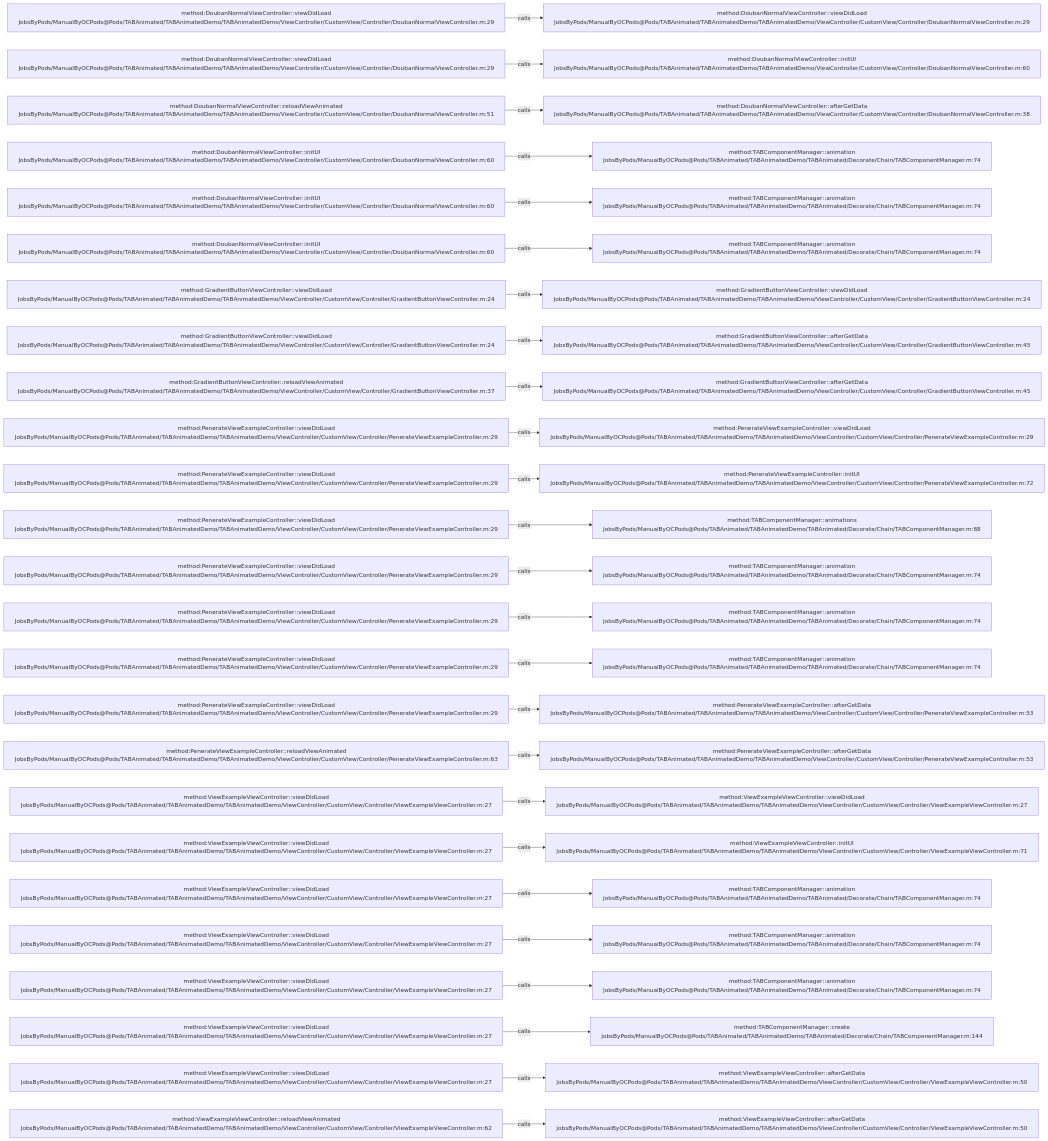
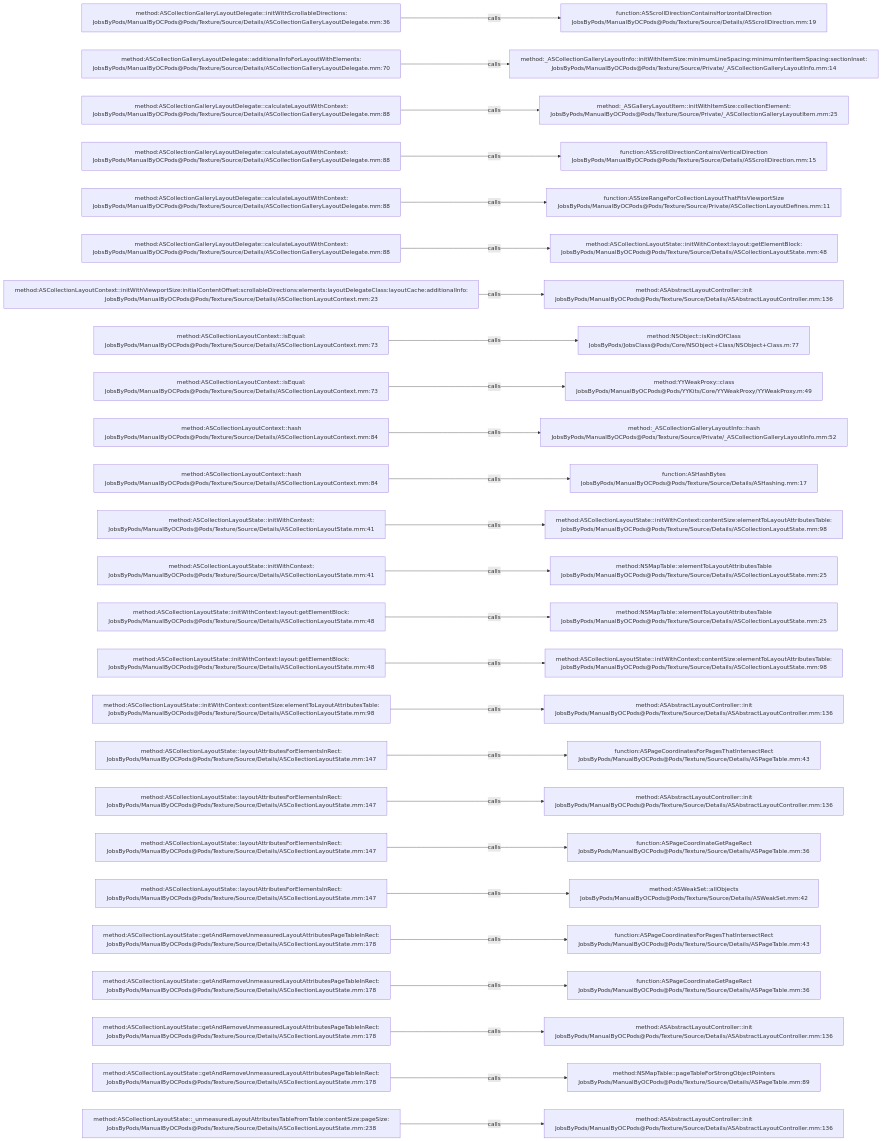
Before and after one commit to JobsKits/JobsOCBaseConfigDemo: the diagram in .codegraph/codegraph.md/graphs/calls-160.md, drawn with Mermaid. The commit also changed 2162 other files, not shown here.

````diff
--- a/.codegraph/codegraph.md/graphs/calls-160.md
+++ b/.codegraph/codegraph.md/graphs/calls-160.md
@@ -13,78 +13,78 @@
 ```mermaid
 flowchart LR
-  S1["method:DoubanNormalViewController::viewDidLoad<br/>JobsByPods/ManualByOCPods@Pods/TABAnimated/TABAnimatedDemo/TABAnimatedDemo/ViewController/CustomView/Controller/DoubanNormalViewController.m:29"]
-  T1["method:DoubanNormalViewController::viewDidLoad<br/>JobsByPods/ManualByOCPods@Pods/TABAnimated/TABAnimatedDemo/TABAnimatedDemo/ViewController/CustomView/Controller/DoubanNormalViewController.m:29"]
+  S1["method:ASCollectionGalleryLayoutDelegate::initWithScrollableDirections:<br/>JobsByPods/ManualByOCPods@Pods/Texture/Source/Details/ASCollectionGalleryLayoutDelegate.mm:36"]
+  T1["function:ASScrollDirectionContainsHorizontalDirection<br/>JobsByPods/ManualByOCPods@Pods/Texture/Source/Details/ASScrollDirection.mm:19"]
   S1 -->|calls| T1
-  S2["method:DoubanNormalViewController::viewDidLoad<br/>JobsByPods/ManualByOCPods@Pods/TABAnimated/TABAnimatedDemo/TABAnimatedDemo/ViewController/CustomView/Controller/DoubanNormalViewController.m:29"]
-  T2["method:DoubanNormalViewController::initUI<br/>JobsByPods/ManualByOCPods@Pods/TABAnimated/TABAnimatedDemo/TABAnimatedDemo/ViewController/CustomView/Controller/DoubanNormalViewController.m:60"]
+  S2["method:ASCollectionGalleryLayoutDelegate::additionalInfoForLayoutWithElements:<br/>JobsByPods/ManualByOCPods@Pods/Texture/Source/Details/ASCollectionGalleryLayoutDelegate.mm:70"]
+  T2["method:_ASCollectionGalleryLayoutInfo::initWithItemSize:minimumLineSpacing:minimumInteritemSpacing:sectionInset:<br/>JobsByPods/ManualByOCPods@Pods/Texture/Source/Private/_ASCollectionGalleryLayoutInfo.mm:14"]
   S2 -->|calls| T2
-  S3["method:DoubanNormalViewController::reloadViewAnimated<br/>JobsByPods/ManualByOCPods@Pods/TABAnimated/TABAnimatedDemo/TABAnimatedDemo/ViewController/CustomView/Controller/DoubanNormalViewController.m:51"]
-  T3["method:DoubanNormalViewController::afterGetData<br/>JobsByPods/ManualByOCPods@Pods/TABAnimated/TABAnimatedDemo/TABAnimatedDemo/ViewController/CustomView/Controller/DoubanNormalViewController.m:38"]
+  S3["method:ASCollectionGalleryLayoutDelegate::calculateLayoutWithContext:<br/>JobsByPods/ManualByOCPods@Pods/Texture/Source/Details/ASCollectionGalleryLayoutDelegate.mm:88"]
+  T3["method:_ASGalleryLayoutItem::initWithItemSize:collectionElement:<br/>JobsByPods/ManualByOCPods@Pods/Texture/Source/Private/_ASCollectionGalleryLayoutItem.mm:25"]
   S3 -->|calls| T3
-  S4["method:DoubanNormalViewController::initUI<br/>JobsByPods/ManualByOCPods@Pods/TABAnimated/TABAnimatedDemo/TABAnimatedDemo/ViewController/CustomView/Controller/DoubanNormalViewController.m:60"]
-  T4["method:TABComponentManager::animation<br/>JobsByPods/ManualByOCPods@Pods/TABAnimated/TABAnimatedDemo/TABAnimated/Decorate/Chain/TABComponentManager.m:74"]
+  S4["method:ASCollectionGalleryLayoutDelegate::calculateLayoutWithContext:<br/>JobsByPods/ManualByOCPods@Pods/Texture/Source/Details/ASCollectionGalleryLayoutDelegate.mm:88"]
+  T4["function:ASScrollDirectionContainsVerticalDirection<br/>JobsByPods/ManualByOCPods@Pods/Texture/Source/Details/ASScrollDirection.mm:15"]
   S4 -->|calls| T4
-  S5["method:DoubanNormalViewController::initUI<br/>JobsByPods/ManualByOCPods@Pods/TABAnimated/TABAnimatedDemo/TABAnimatedDemo/ViewController/CustomView/Controller/DoubanNormalViewController.m:60"]
-  T5["method:TABComponentManager::animation<br/>JobsByPods/ManualByOCPods@Pods/TABAnimated/TABAnimatedDemo/TABAnimated/Decorate/Chain/TABComponentManager.m:74"]
+  S5["method:ASCollectionGalleryLayoutDelegate::calculateLayoutWithContext:<br/>JobsByPods/ManualByOCPods@Pods/Texture/Source/Details/ASCollectionGalleryLayoutDelegate.mm:88"]
+  T5["function:ASSizeRangeForCollectionLayoutThatFitsViewportSize<br/>JobsByPods/ManualByOCPods@Pods/Texture/Source/Private/ASCollectionLayoutDefines.mm:11"]
   S5 -->|calls| T5
-  S6["method:DoubanNormalViewController::initUI<br/>JobsByPods/ManualByOCPods@Pods/TABAnimated/TABAnimatedDemo/TABAnimatedDemo/ViewController/CustomView/Controller/DoubanNormalViewController.m:60"]
-  T6["method:TABComponentManager::animation<br/>JobsByPods/ManualByOCPods@Pods/TABAnimated/TABAnimatedDemo/TABAnimated/Decorate/Chain/TABComponentManager.m:74"]
+  S6["method:ASCollectionGalleryLayoutDelegate::calculateLayoutWithContext:<br/>JobsByPods/ManualByOCPods@Pods/Texture/Source/Details/ASCollectionGalleryLayoutDelegate.mm:88"]
+  T6["method:ASCollectionLayoutState::initWithContext:layout:getElementBlock:<br/>JobsByPods/ManualByOCPods@Pods/Texture/Source/Details/ASCollectionLayoutState.mm:48"]
   S6 -->|calls| T6
-  S7["method:GradientButtonViewController::viewDidLoad<br/>JobsByPods/ManualByOCPods@Pods/TABAnimated/TABAnimatedDemo/TABAnimatedDemo/ViewController/CustomView/Controller/GradientButtonViewController.m:24"]
-  T7["method:GradientButtonViewController::viewDidLoad<br/>JobsByPods/ManualByOCPods@Pods/TABAnimated/TABAnimatedDemo/TABAnimatedDemo/ViewController/CustomView/Controller/GradientButtonViewController.m:24"]
+  S7["method:ASCollectionLayoutContext::initWithViewportSize:initialContentOffset:scrollableDirections:elements:layoutDelegateClass:layoutCache:additionalInfo:<br/>JobsByPods/ManualByOCPods@Pods/Texture/Source/Details/ASCollectionLayoutContext.mm:23"]
+  T7["method:ASAbstractLayoutController::init<br/>JobsByPods/ManualByOCPods@Pods/Texture/Source/Details/ASAbstractLayoutController.mm:136"]
   S7 -->|calls| T7
-  S8["method:GradientButtonViewController::viewDidLoad<br/>JobsByPods/ManualByOCPods@Pods/TABAnimated/TABAnimatedDemo/TABAnimatedDemo/ViewController/CustomView/Controller/GradientButtonViewController.m:24"]
-  T8["method:GradientButtonViewController::afterGetData<br/>JobsByPods/ManualByOCPods@Pods/TABAnimated/TABAnimatedDemo/TABAnimatedDemo/ViewController/CustomView/Controller/GradientButtonViewController.m:45"]
+  S8["method:ASCollectionLayoutContext::isEqual:<br/>JobsByPods/ManualByOCPods@Pods/Texture/Source/Details/ASCollectionLayoutContext.mm:73"]
+  T8["method:NSObject::isKindOfClass<br/>JobsByPods/JobsClass@Pods/Core/NSObject+Class/NSObject+Class.m:77"]
   S8 -->|calls| T8
-  S9["method:GradientButtonViewController::reloadViewAnimated<br/>JobsByPods/ManualByOCPods@Pods/TABAnimated/TABAnimatedDemo/TABAnimatedDemo/ViewController/CustomView/Controller/GradientButtonViewController.m:37"]
-  T9["method:GradientButtonViewController::afterGetData<br/>JobsByPods/ManualByOCPods@Pods/TABAnimated/TABAnimatedDemo/TABAnimatedDemo/ViewController/CustomView/Controller/GradientButtonViewController.m:45"]
+  S9["method:ASCollectionLayoutContext::isEqual:<br/>JobsByPods/ManualByOCPods@Pods/Texture/Source/Details/ASCollectionLayoutContext.mm:73"]
+  T9["method:YYWeakProxy::class<br/>JobsByPods/ManualByOCPods@Pods/YYKits/Core/YYWeakProxy/YYWeakProxy.m:49"]
   S9 -->|calls| T9
-  S10["method:PenerateViewExampleController::viewDidLoad<br/>JobsByPods/ManualByOCPods@Pods/TABAnimated/TABAnimatedDemo/TABAnimatedDemo/ViewController/CustomView/Controller/PenerateViewExampleController.m:29"]
-  T10["method:PenerateViewExampleController::viewDidLoad<br/>JobsByPods/ManualByOCPods@Pods/TABAnimated/TABAnimatedDemo/TABAnimatedDemo/ViewController/CustomView/Controller/PenerateViewExampleController.m:29"]
+  S10["method:ASCollectionLayoutContext::hash<br/>JobsByPods/ManualByOCPods@Pods/Texture/Source/Details/ASCollectionLayoutContext.mm:84"]
+  T10["method:_ASCollectionGalleryLayoutInfo::hash<br/>JobsByPods/ManualByOCPods@Pods/Texture/Source/Private/_ASCollectionGalleryLayoutInfo.mm:52"]
   S10 -->|calls| T10
-  S11["method:PenerateViewExampleController::viewDidLoad<br/>JobsByPods/ManualByOCPods@Pods/TABAnimated/TABAnimatedDemo/TABAnimatedDemo/ViewController/CustomView/Controller/PenerateViewExampleController.m:29"]
-  T11["method:PenerateViewExampleController::initUI<br/>JobsByPods/ManualByOCPods@Pods/TABAnimated/TABAnimatedDemo/TABAnimatedDemo/ViewController/CustomView/Controller/PenerateViewExampleController.m:72"]
+  S11["method:ASCollectionLayoutContext::hash<br/>JobsByPods/ManualByOCPods@Pods/Texture/Source/Details/ASCollectionLayoutContext.mm:84"]
+  T11["function:ASHashBytes<br/>JobsByPods/ManualByOCPods@Pods/Texture/Source/Details/ASHashing.mm:17"]
   S11 -->|calls| T11
-  S12["method:PenerateViewExampleController::viewDidLoad<br/>JobsByPods/ManualByOCPods@Pods/TABAnimated/TABAnimatedDemo/TABAnimatedDemo/ViewController/CustomView/Controller/PenerateViewExampleController.m:29"]
-  T12["method:TABComponentManager::animations<br/>JobsByPods/ManualByOCPods@Pods/TABAnimated/TABAnimatedDemo/TABAnimated/Decorate/Chain/TABComponentManager.m:88"]
+  S12["method:ASCollectionLayoutState::initWithContext:<br/>JobsByPods/ManualByOCPods@Pods/Texture/Source/Details/ASCollectionLayoutState.mm:41"]
+  T12["method:ASCollectionLayoutState::initWithContext:contentSize:elementToLayoutAttributesTable:<br/>JobsByPods/ManualByOCPods@Pods/Texture/Source/Details/ASCollectionLayoutState.mm:98"]
   S12 -->|calls| T12
-  S13["method:PenerateViewExampleController::viewDidLoad<br/>JobsByPods/ManualByOCPods@Pods/TABAnimated/TABAnimatedDemo/TABAnimatedDemo/ViewController/CustomView/Controller/PenerateViewExampleController.m:29"]
-  T13["method:TABComponentManager::animation<br/>JobsByPods/ManualByOCPods@Pods/TABAnimated/TABAnimatedDemo/TABAnimated/Decorate/Chain/TABComponentManager.m:74"]
+  S13["method:ASCollectionLayoutState::initWithContext:<br/>JobsByPods/ManualByOCPods@Pods/Texture/Source/Details/ASCollectionLayoutState.mm:41"]
+  T13["method:NSMapTable::elementToLayoutAttributesTable<br/>JobsByPods/ManualByOCPods@Pods/Texture/Source/Details/ASCollectionLayoutState.mm:25"]
   S13 -->|calls| T13
-  S14["method:PenerateViewExampleController::viewDidLoad<br/>JobsByPods/ManualByOCPods@Pods/TABAnimated/TABAnimatedDemo/TABAnimatedDemo/ViewController/CustomView/Controller/PenerateViewExampleController.m:29"]
-  T14["method:TABComponentManager::animation<br/>JobsByPods/ManualByOCPods@Pods/TABAnimated/TABAnimatedDemo/TABAnimated/Decorate/Chain/TABComponentManager.m:74"]
+  S14["method:ASCollectionLayoutState::initWithContext:layout:getElementBlock:<br/>JobsByPods/ManualByOCPods@Pods/Texture/Source/Details/ASCollectionLayoutState.mm:48"]
+  T14["method:NSMapTable::elementToLayoutAttributesTable<br/>JobsByPods/ManualByOCPods@Pods/Texture/Source/Details/ASCollectionLayoutState.mm:25"]
   S14 -->|calls| T14
-  S15["method:PenerateViewExampleController::viewDidLoad<br/>JobsByPods/ManualByOCPods@Pods/TABAnimated/TABAnimatedDemo/TABAnimatedDemo/ViewController/CustomView/Controller/PenerateViewExampleController.m:29"]
-  T15["method:TABComponentManager::animation<br/>JobsByPods/ManualByOCPods@Pods/TABAnimated/TABAnimatedDemo/TABAnimated/Decorate/Chain/TABComponentManager.m:74"]
+  S15["method:ASCollectionLayoutState::initWithContext:layout:getElementBlock:<br/>JobsByPods/ManualByOCPods@Pods/Texture/Source/Details/ASCollectionLayoutState.mm:48"]
+  T15["method:ASCollectionLayoutState::initWithContext:contentSize:elementToLayoutAttributesTable:<br/>JobsByPods/ManualByOCPods@Pods/Texture/Source/Details/ASCollectionLayoutState.mm:98"]
   S15 -->|calls| T15
-  S16["method:PenerateViewExampleController::viewDidLoad<br/>JobsByPods/ManualByOCPods@Pods/TABAnimated/TABAnimatedDemo/TABAnimatedDemo/ViewController/CustomView/Controller/PenerateViewExampleController.m:29"]
-  T16["method:PenerateViewExampleController::afterGetData<br/>JobsByPods/ManualByOCPods@Pods/TABAnimated/TABAnimatedDemo/TABAnimatedDemo/ViewController/CustomView/Controller/PenerateViewExampleController.m:53"]
+  S16["method:ASCollectionLayoutState::initWithContext:contentSize:elementToLayoutAttributesTable:<br/>JobsByPods/ManualByOCPods@Pods/Texture/Source/Details/ASCollectionLayoutState.mm:98"]
+  T16["method:ASAbstractLayoutController::init<br/>JobsByPods/ManualByOCPods@Pods/Texture/Source/Details/ASAbstractLayoutController.mm:136"]
   S16 -->|calls| T16
-  S17["method:PenerateViewExampleController::reloadViewAnimated<br/>JobsByPods/ManualByOCPods@Pods/TABAnimated/TABAnimatedDemo/TABAnimatedDemo/ViewController/CustomView/Controller/PenerateViewExampleController.m:63"]
-  T17["method:PenerateViewExampleController::afterGetData<br/>JobsByPods/ManualByOCPods@Pods/TABAnimated/TABAnimatedDemo/TABAnimatedDemo/ViewController/CustomView/Controller/PenerateViewExampleController.m:53"]
+  S17["method:ASCollectionLayoutState::layoutAttributesForElementsInRect:<br/>JobsByPods/ManualByOCPods@Pods/Texture/Source/Details/ASCollectionLayoutState.mm:147"]
+  T17["function:ASPageCoordinatesForPagesThatIntersectRect<br/>JobsByPods/ManualByOCPods@Pods/Texture/Source/Details/ASPageTable.mm:43"]
   S17 -->|calls| T17
-  S18["method:ViewExampleViewController::viewDidLoad<br/>JobsByPods/ManualByOCPods@Pods/TABAnimated/TABAnimatedDemo/TABAnimatedDemo/ViewController/CustomView/Controller/ViewExampleViewController.m:27"]
-  T18["method:ViewExampleViewController::viewDidLoad<br/>JobsByPods/ManualByOCPods@Pods/TABAnimated/TABAnimatedDemo/TABAnimatedDemo/ViewController/CustomView/Controller/ViewExampleViewController.m:27"]
+  S18["method:ASCollectionLayoutState::layoutAttributesForElementsInRect:<br/>JobsByPods/ManualByOCPods@Pods/Texture/Source/Details/ASCollectionLayoutState.mm:147"]
+  T18["method:ASAbstractLayoutController::init<br/>JobsByPods/ManualByOCPods@Pods/Texture/Source/Details/ASAbstractLayoutController.mm:136"]
   S18 -->|calls| T18
-  S19["method:ViewExampleViewController::viewDidLoad<br/>JobsByPods/ManualByOCPods@Pods/TABAnimated/TABAnimatedDemo/TABAnimatedDemo/ViewController/CustomView/Controller/ViewExampleViewController.m:27"]
-  T19["method:ViewExampleViewController::initUI<br/>JobsByPods/ManualByOCPods@Pods/TABAnimated/TABAnimatedDemo/TABAnimatedDemo/ViewController/CustomView/Controller/ViewExampleViewController.m:71"]
+  S19["method:ASCollectionLayoutState::layoutAttributesForElementsInRect:<br/>JobsByPods/ManualByOCPods@Pods/Texture/Source/Details/ASCollectionLayoutState.mm:147"]
+  T19["function:ASPageCoordinateGetPageRect<br/>JobsByPods/ManualByOCPods@Pods/Texture/Source/Details/ASPageTable.mm:36"]
   S19 -->|calls| T19
-  S20["method:ViewExampleViewController::viewDidLoad<br/>JobsByPods/ManualByOCPods@Pods/TABAnimated/TABAnimatedDemo/TABAnimatedDemo/ViewController/CustomView/Controller/ViewExampleViewController.m:27"]
-  T20["method:TABComponentManager::animation<br/>JobsByPods/ManualByOCPods@Pods/TABAnimated/TABAnimatedDemo/TABAnimated/Decorate/Chain/TABComponentManager.m:74"]
+  S20["method:ASCollectionLayoutState::layoutAttributesForElementsInRect:<br/>JobsByPods/ManualByOCPods@Pods/Texture/Source/Details/ASCollectionLayoutState.mm:147"]
+  T20["method:ASWeakSet::allObjects<br/>JobsByPods/ManualByOCPods@Pods/Texture/Source/Details/ASWeakSet.mm:42"]
   S20 -->|calls| T20
-  S21["method:ViewExampleViewController::viewDidLoad<br/>JobsByPods/ManualByOCPods@Pods/TABAnimated/TABAnimatedDemo/TABAnimatedDemo/ViewController/CustomView/Controller/ViewExampleViewController.m:27"]
-  T21["method:TABComponentManager::animation<br/>JobsByPods/ManualByOCPods@Pods/TABAnimated/TABAnimatedDemo/TABAnimated/Decorate/Chain/TABComponentManager.m:74"]
+  S21["method:ASCollectionLayoutState::getAndRemoveUnmeasuredLayoutAttributesPageTableInRect:<br/>JobsByPods/ManualByOCPods@Pods/Texture/Source/Details/ASCollectionLayoutState.mm:178"]
+  T21["function:ASPageCoordinatesForPagesThatIntersectRect<br/>JobsByPods/ManualByOCPods@Pods/Texture/Source/Details/ASPageTable.mm:43"]
   S21 -->|calls| T21
-  S22["method:ViewExampleViewController::viewDidLoad<br/>JobsByPods/ManualByOCPods@Pods/TABAnimated/TABAnimatedDemo/TABAnimatedDemo/ViewController/CustomView/Controller/ViewExampleViewController.m:27"]
-  T22["method:TABComponentManager::animation<br/>JobsByPods/ManualByOCPods@Pods/TABAnimated/TABAnimatedDemo/TABAnimated/Decorate/Chain/TABComponentManager.m:74"]
+  S22["method:ASCollectionLayoutState::getAndRemoveUnmeasuredLayoutAttributesPageTableInRect:<br/>JobsByPods/ManualByOCPods@Pods/Texture/Source/Details/ASCollectionLayoutState.mm:178"]
+  T22["function:ASPageCoordinateGetPageRect<br/>JobsByPods/ManualByOCPods@Pods/Texture/Source/Details/ASPageTable.mm:36"]
   S22 -->|calls| T22
-  S23["method:ViewExampleViewController::viewDidLoad<br/>JobsByPods/ManualByOCPods@Pods/TABAnimated/TABAnimatedDemo/TABAnimatedDemo/ViewController/CustomView/Controller/ViewExampleViewController.m:27"]
-  T23["method:TABComponentManager::create<br/>JobsByPods/ManualByOCPods@Pods/TABAnimated/TABAnimatedDemo/TABAnimated/Decorate/Chain/TABComponentManager.m:144"]
+  S23["method:ASCollectionLayoutState::getAndRemoveUnmeasuredLayoutAttributesPageTableInRect:<br/>JobsByPods/ManualByOCPods@Pods/Texture/Source/Details/ASCollectionLayoutState.mm:178"]
+  T23["method:ASAbstractLayoutController::init<br/>JobsByPods/ManualByOCPods@Pods/Texture/Source/Details/ASAbstractLayoutController.mm:136"]
   S23 -->|calls| T23
-  S24["method:ViewExampleViewController::viewDidLoad<br/>JobsByPods/ManualByOCPods@Pods/TABAnimated/TABAnimatedDemo/TABAnimatedDemo/ViewController/CustomView/Controller/ViewExampleViewController.m:27"]
-  T24["method:ViewExampleViewController::afterGetData<br/>JobsByPods/ManualByOCPods@Pods/TABAnimated/TABAnimatedDemo/TABAnimatedDemo/ViewController/CustomView/Controller/ViewExampleViewController.m:50"]
+  S24["method:ASCollectionLayoutState::getAndRemoveUnmeasuredLayoutAttributesPageTableInRect:<br/>JobsByPods/ManualByOCPods@Pods/Texture/Source/Details/ASCollectionLayoutState.mm:178"]
+  T24["method:NSMapTable::pageTableForStrongObjectPointers<br/>JobsByPods/ManualByOCPods@Pods/Texture/Source/Details/ASPageTable.mm:89"]
   S24 -->|calls| T24
-  S25["method:ViewExampleViewController::reloadViewAnimated<br/>JobsByPods/ManualByOCPods@Pods/TABAnimated/TABAnimatedDemo/TABAnimatedDemo/ViewController/CustomView/Controller/ViewExampleViewController.m:62"]
-  T25["method:ViewExampleViewController::afterGetData<br/>JobsByPods/ManualByOCPods@Pods/TABAnimated/TABAnimatedDemo/TABAnimatedDemo/ViewController/CustomView/Controller/ViewExampleViewController.m:50"]
+  S25["method:ASCollectionLayoutState::_unmeasuredLayoutAttributesTableFromTable:contentSize:pageSize:<br/>JobsByPods/ManualByOCPods@Pods/Texture/Source/Details/ASCollectionLayoutState.mm:238"]
+  T25["method:ASAbstractLayoutController::init<br/>JobsByPods/ManualByOCPods@Pods/Texture/Source/Details/ASAbstractLayoutController.mm:136"]
   S25 -->|calls| T25
 ```
````
